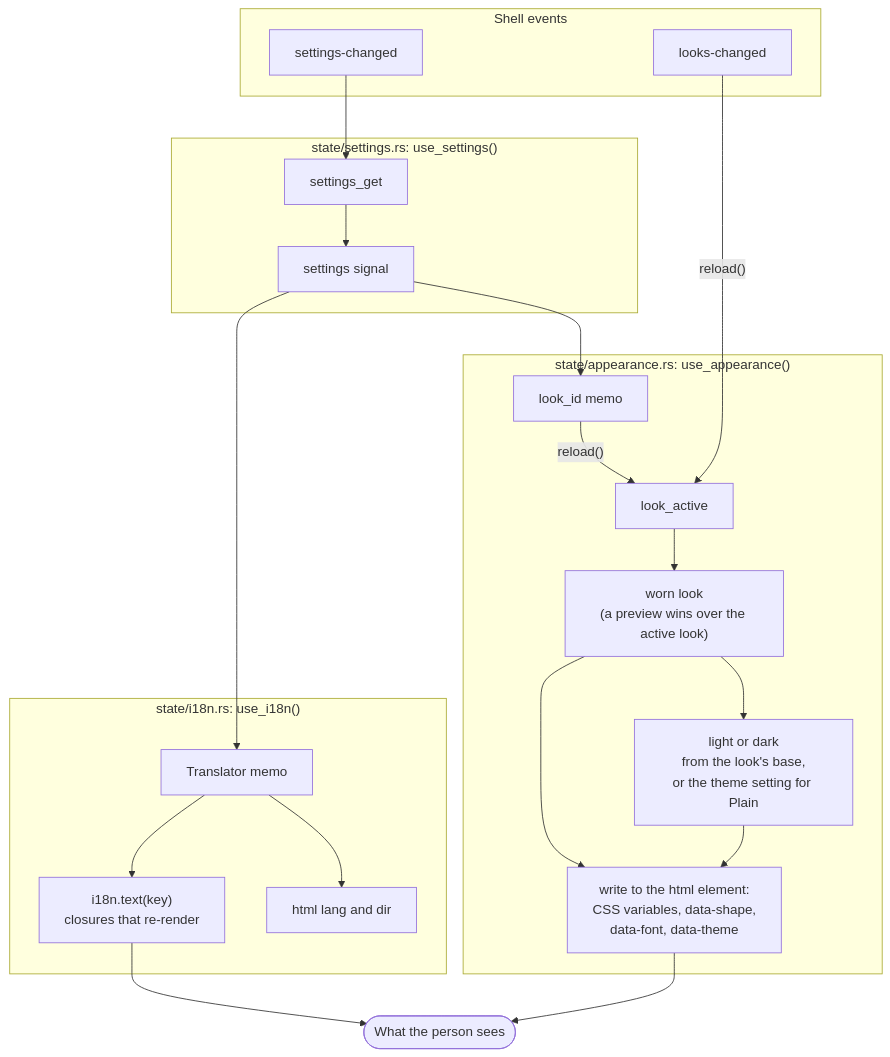
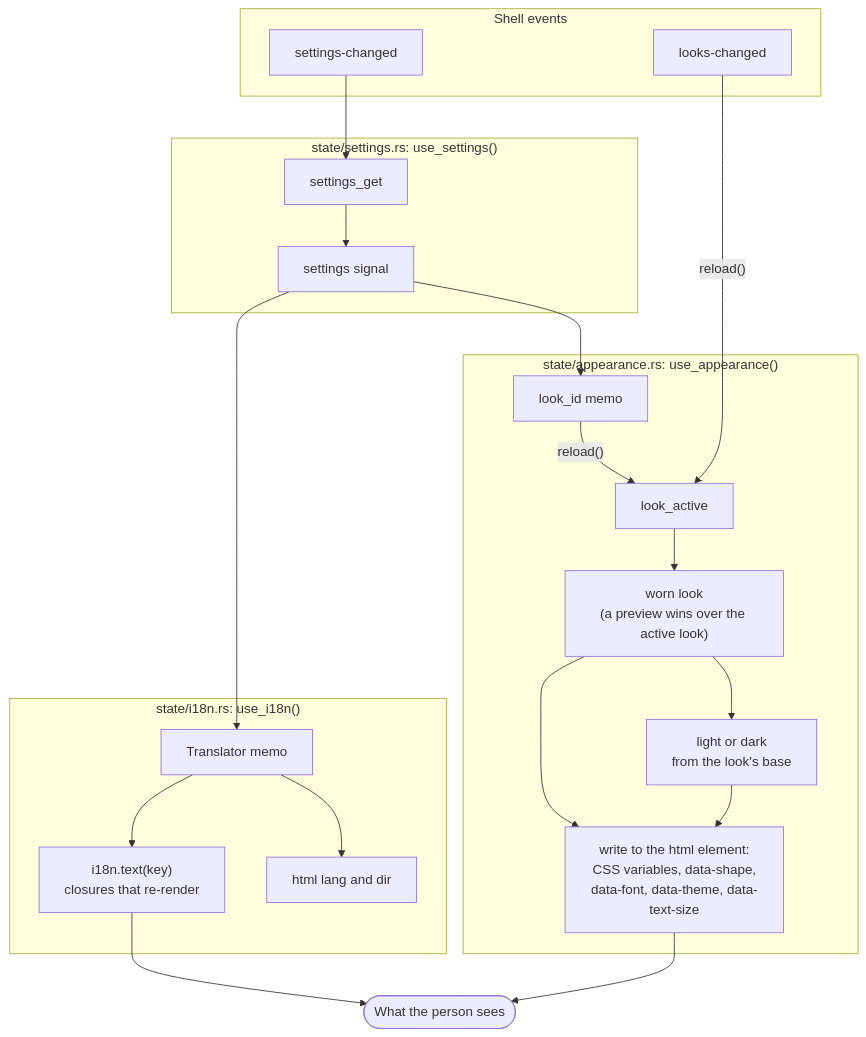
One commit to worty76/posthaste changed the sixth of 13 diagrams in docs/architecture.md. Above: the diagram before and after it, drawn with Mermaid. The commit also changed other lines of this file and 19 other files, not shown here.

````diff
--- a/docs/architecture.md
+++ b/docs/architecture.md
@@ -289,41 +298,41 @@
 ```mermaid
 flowchart TB
   subgraph events["Shell events"]
     e1["settings-changed"]
     e2["looks-changed"]
   end
 
   subgraph settings["state/settings.rs: use_settings()"]
     sget["settings_get"]
     sig["settings signal"]
   end
 
   subgraph look["state/appearance.rs: use_appearance()"]
     lid["look_id memo"]
     lact["look_active"]
     worn["worn look<br/>(a preview wins over the active look)"]
-    scheme["light or dark<br/>from the look's base,<br/>or the theme setting for Plain"]
-    html["write to the html element:<br/>CSS variables, data-shape,<br/>data-font, data-theme"]
+    scheme["light or dark<br/>from the look's base"]
+    html["write to the html element:<br/>CSS variables, data-shape,<br/>data-font, data-theme, data-text-size"]
   end
 
   subgraph lang["state/i18n.rs: use_i18n()"]
     lang_memo["Translator memo"]
     text["i18n.text(key)<br/>closures that re-render"]
     attrs["html lang and dir"]
   end
 
   e1 --> sget
   sget --> sig
   sig --> lid
   sig --> lang_memo
   lid -- "reload()" --> lact
   e2 -- "reload()" --> lact
   lact --> worn
   worn --> scheme
   worn --> html
   scheme --> html
   lang_memo --> text
   lang_memo --> attrs
   text --> screen(["What the person sees"])
   html --> screen
 ```
````
